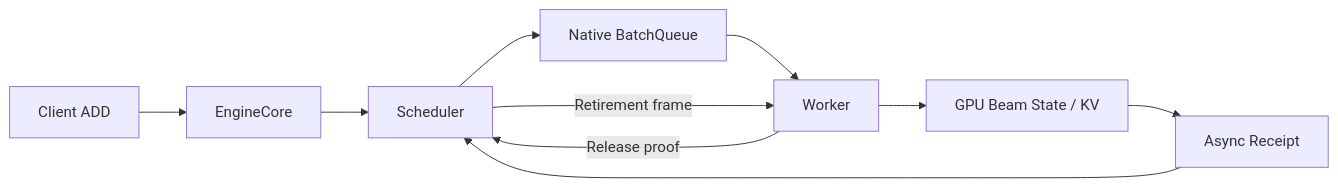
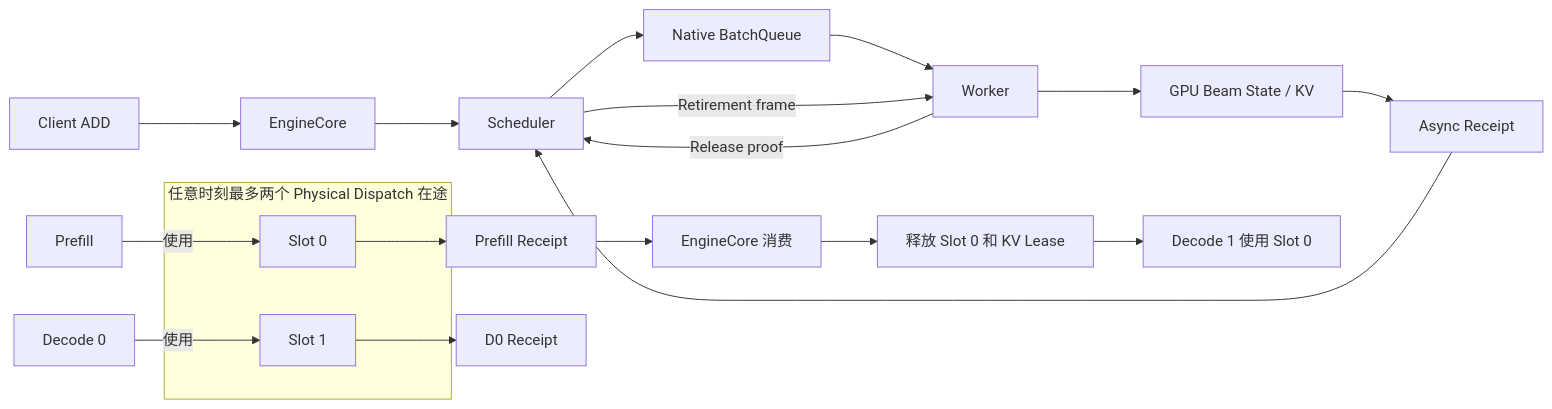
The third of 8 diagrams in Async_schedule_design.md (ZhiYunpenghuawei/p1), drawn with Mermaid before and after one commit. The commit also changed other lines of this file, not shown here.

````diff
--- a/Async_schedule_design.md
+++ b/Async_schedule_design.md
@@ -35,12 +103,24 @@
 ```mermaid
 flowchart LR
     A[Client ADD] --> E[EngineCore]
     E --> S[Scheduler]
     S --> Q[Native BatchQueue]
     Q --> W[Worker]
     W --> G[GPU Beam State / KV]
     G --> R[Async Receipt]
     R --> S
     S -->|Retirement frame| W
     W -->|Release proof| S
+    P[Prefill] -->|使用| S0[Slot 0]
+    D0[Decode 0] -->|使用| S1[Slot 1]
+    S0 --> R0[Prefill Receipt]
+    S1 --> R1[D0 Receipt]
+    R0 --> C0[EngineCore 消费]
+    C0 --> F0[释放 Slot 0 和 KV Lease]
+    F0 --> D1[Decode 1 使用 Slot 0]
+
+    subgraph Window[任意时刻最多两个 Physical Dispatch 在途]
+        S0
+        S1
+    end
 ```
````
